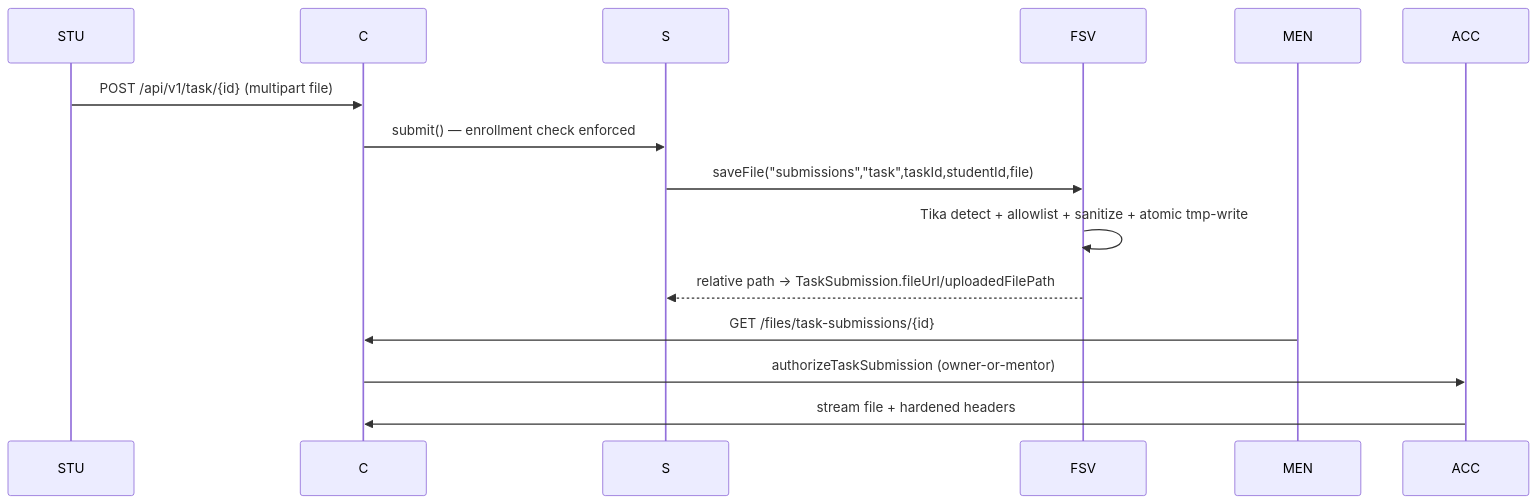
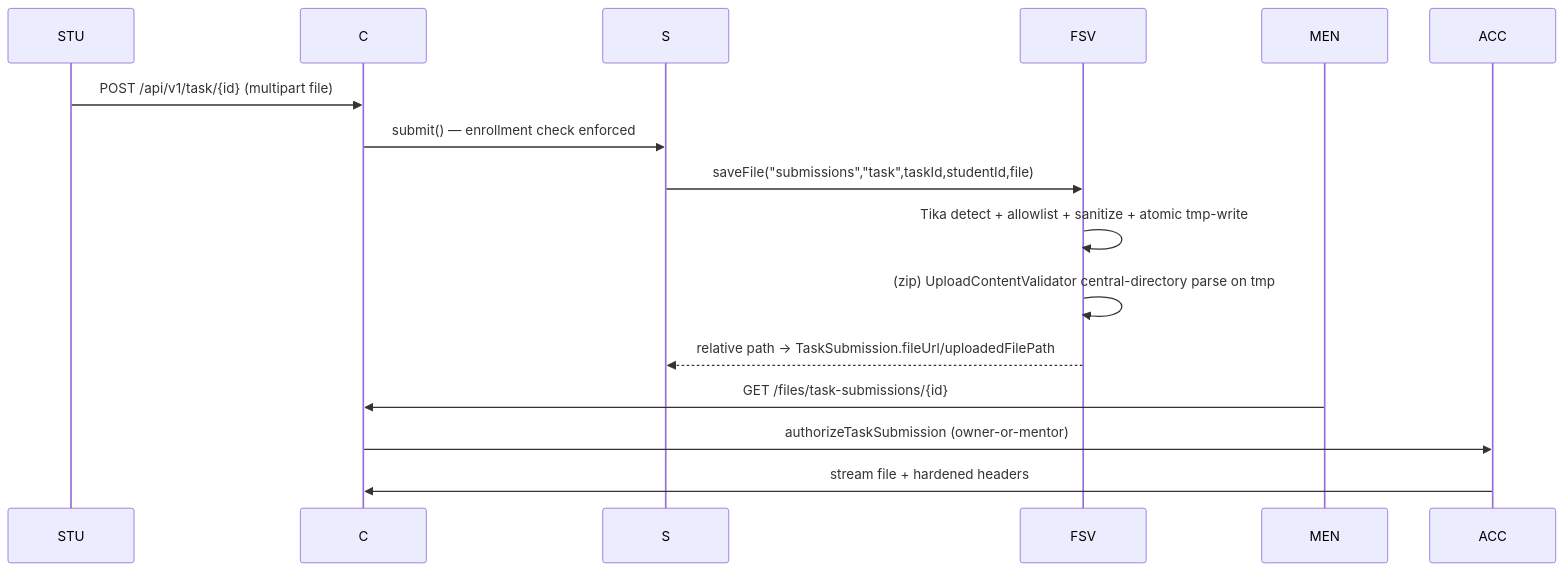
One commit to MooRaa86/EduNest changed the diagram in mds/file-storage/MDS.md. Above: the diagram before and after it, drawn with Mermaid. The commit also changed other lines of this file and 4 other files, not shown here.

````diff
--- a/mds/file-storage/MDS.md
+++ b/mds/file-storage/MDS.md
@@ -61,11 +69,12 @@
 ```mermaid
 sequenceDiagram
   STU->>C: POST /api/v1/task/{id} (multipart file)
   C->>S: submit() — enrollment check enforced
   S->>FSV: saveFile("submissions","task",taskId,studentId,file)
   FSV->>FSV: Tika detect + allowlist + sanitize + atomic tmp-write
+  FSV->>FSV: (zip) UploadContentValidator central-directory parse on tmp
   FSV-->>S: relative path → TaskSubmission.fileUrl/uploadedFilePath
   MEN->>C: GET /files/task-submissions/{id}
   C->>ACC: authorizeTaskSubmission (owner-or-mentor)
   ACC->>C: stream file + hardened headers
 ```
````
